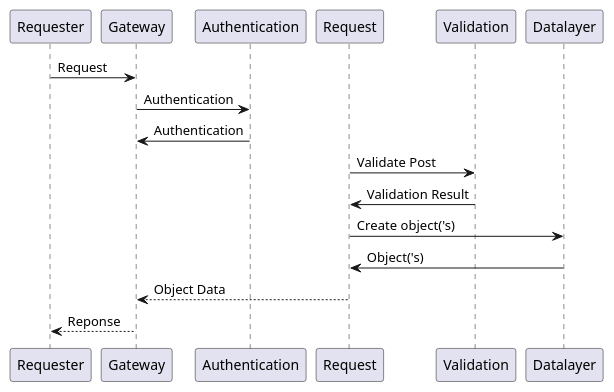
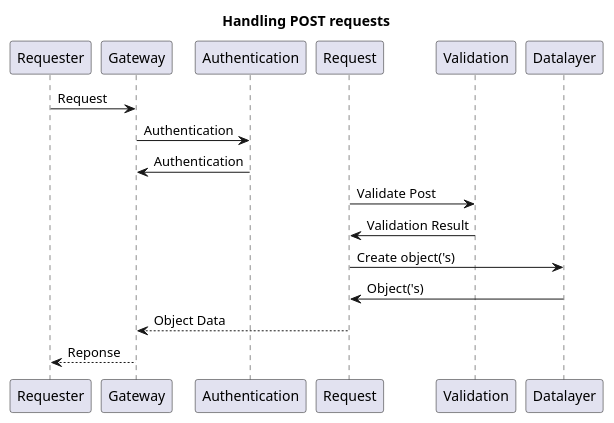
Before and after one commit to CommonGateway/CoreBundle: the diagram in docs/features/request_post.puml, drawn with PlantUML. The commit also changed 4 other files, not shown here.

```diff
--- a/docs/features/request_post.puml
+++ b/docs/features/request_post.puml
@@ -1,11 +1,12 @@
 @startuml
+title: Handling POST requests
 Requester -> Gateway: Request
 Gateway -> Authentication  : Authentication
 Authentication -> Gateway  : Authentication
 Request -> Validation : Validate Post
 Validation -> Request : Validation Result
 Request -> Datalayer : Create object('s)
 Datalayer -> Request : Object('s)
 Request --> Gateway: Object Data
 Gateway --> Requester: Reponse
 @enduml
```
